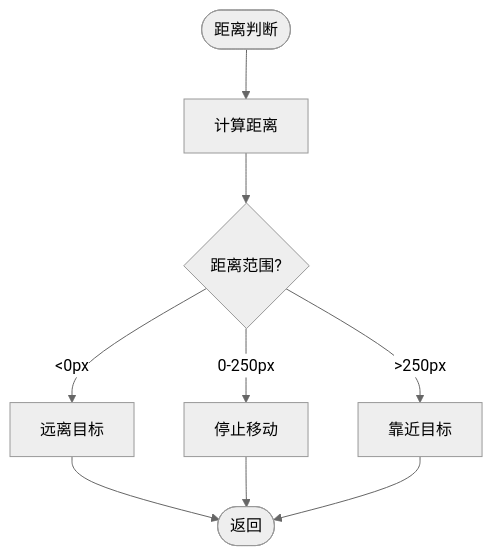
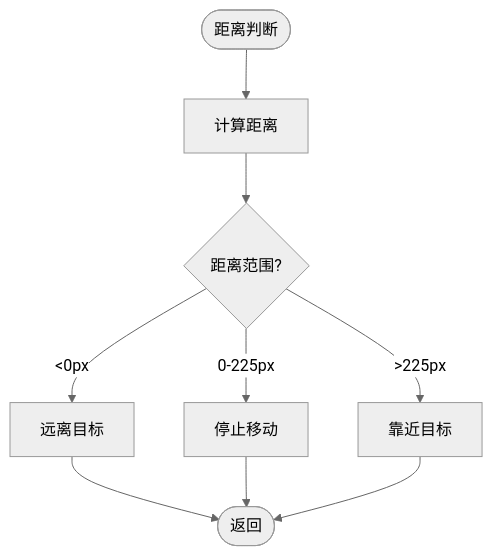
One commit to xsy098-max/ok-jump changed the seventh of 10 diagrams in .qoder/repowiki/zh/content/任务系统/自动战斗任务.md. Above: the diagram before and after it, drawn with Mermaid (neutral theme). The commit also changed other lines of this file and 19 other files, not shown here.

````diff
--- a/.qoder/repowiki/zh/content/任务系统/自动战斗任务.md
+++ b/.qoder/repowiki/zh/content/任务系统/自动战斗任务.md
@@ -313,11 +313,11 @@
 ```mermaid
 flowchart TD
 Start([距离判断]) --> Calc["计算距离"]
 Calc --> Range{"距离范围?"}
 Range --> |<0px| Away["远离目标"]
-Range --> |0-250px| Stop["停止移动"]
-Range --> |>250px| Toward["靠近目标"]
+Range --> |0-225px| Stop["停止移动"]
+Range --> |>225px| Toward["靠近目标"]
 Away --> End([返回])
 Stop --> End
 Toward --> End
 ```
````
